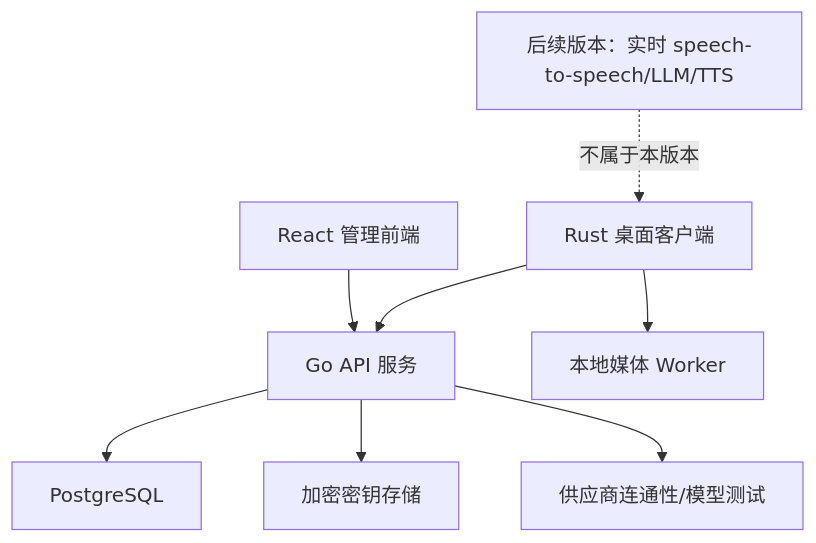
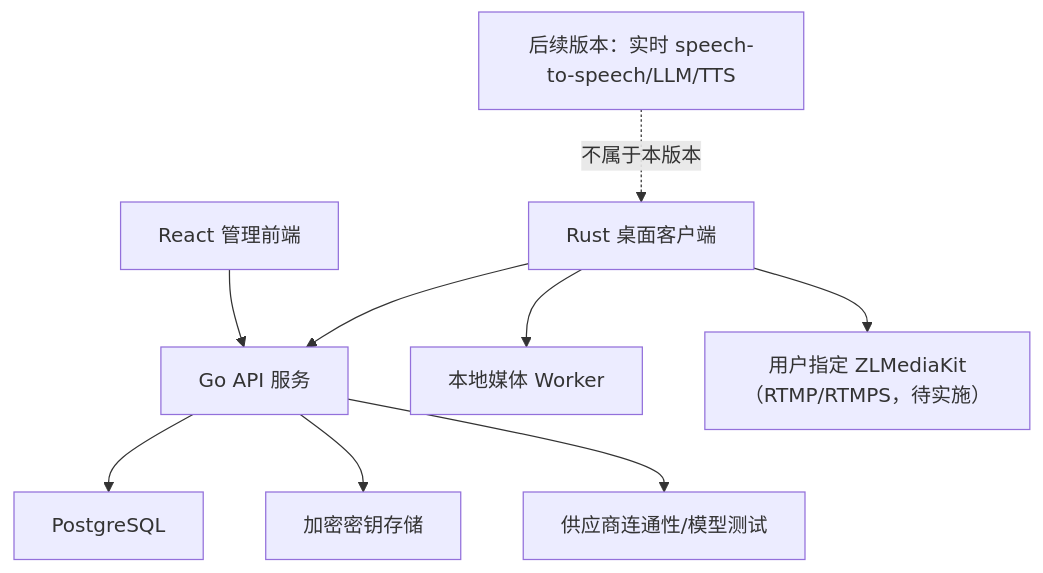
Before and after one commit to asd494235908/autolive: the first of 2 diagrams in 管理系统架构.md, drawn with Mermaid. The commit also changed other lines of this file and 172 other files, not shown here.

````diff
--- a/管理系统架构.md
+++ b/管理系统架构.md
@@ -26,10 +26,11 @@
 ```mermaid
 flowchart TB
     Browser["React 管理前端"] --> GoAPI["Go API 服务"]
     GoAPI --> PostgreSQL["PostgreSQL"]
     GoAPI --> SecretStore["加密密钥存储"]
     GoAPI --> LLMTest["供应商连通性/模型测试"]
     Desktop["Rust 桌面客户端"] --> GoAPI
     Desktop --> MediaWorker["本地媒体 Worker"]
+    Desktop --> ZLM["用户指定 ZLMediaKit（RTMP/RTMPS，待实施）"]
     FutureSpeech["后续版本：实时 speech-to-speech/LLM/TTS"] -.不属于本版本.-> Desktop
 ```
````
